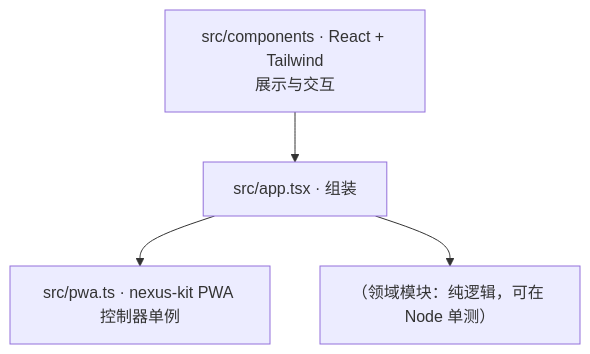
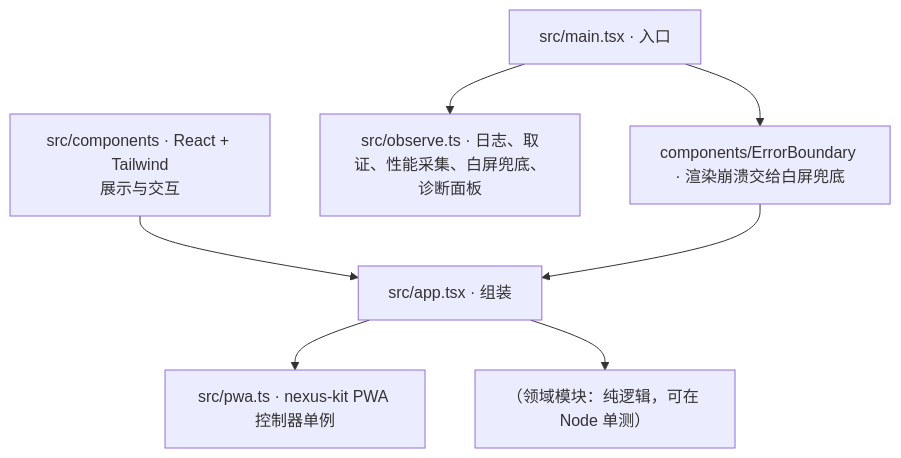
Before and after one commit to iazrael/nexus-kit: the diagram in templates/webapp/docs/架构算法/总览.md, drawn with Mermaid. The commit also changed other lines of this file and 17 other files, not shown here.

````diff
--- a/templates/webapp/docs/架构算法/总览.md
+++ b/templates/webapp/docs/架构算法/总览.md
@@ -7,6 +7,8 @@
 ```mermaid
 flowchart TB
   UI["src/components · React + Tailwind<br/>展示与交互"] --> APP["src/app.tsx · 组装"]
   APP --> PWA["src/pwa.ts · nexus-kit PWA 控制器单例"]
   APP --> DOMAIN["（领域模块：纯逻辑，可在 Node 单测）"]
+  MAIN["src/main.tsx · 入口"] --> OBS["src/observe.ts · 日志、取证、性能采集、白屏兜底、诊断面板"]
+  MAIN --> EB["components/ErrorBoundary · 渲染崩溃交给白屏兜底"] --> APP
 ```
````
